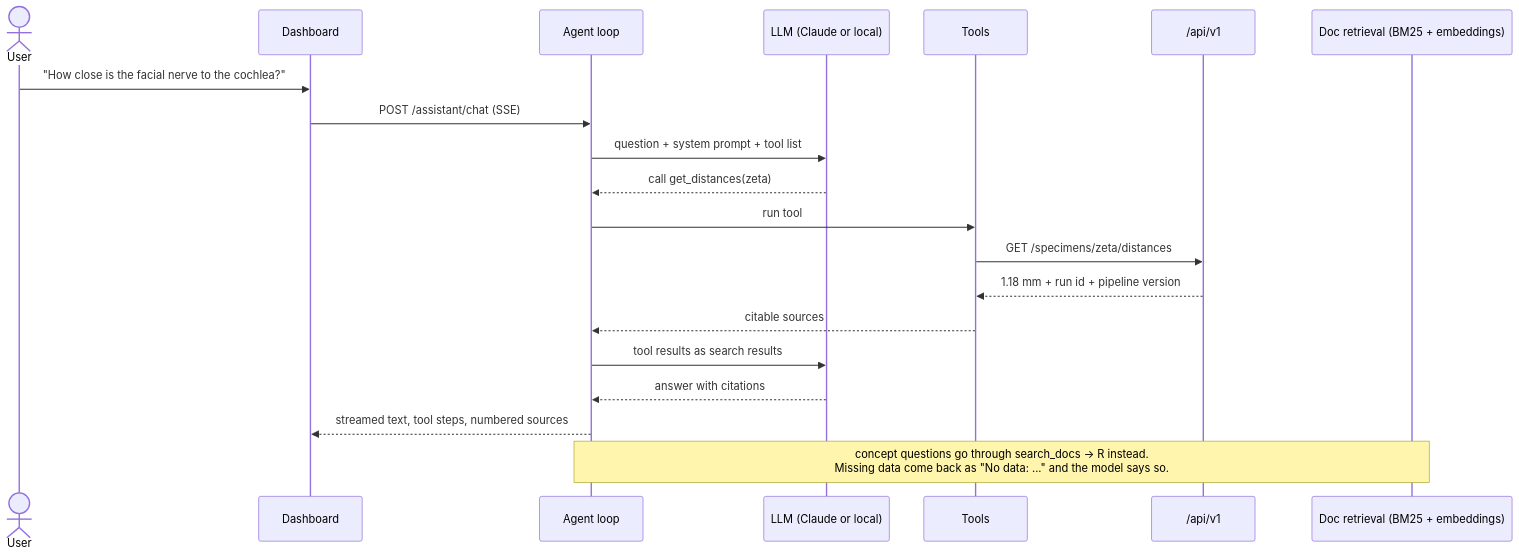
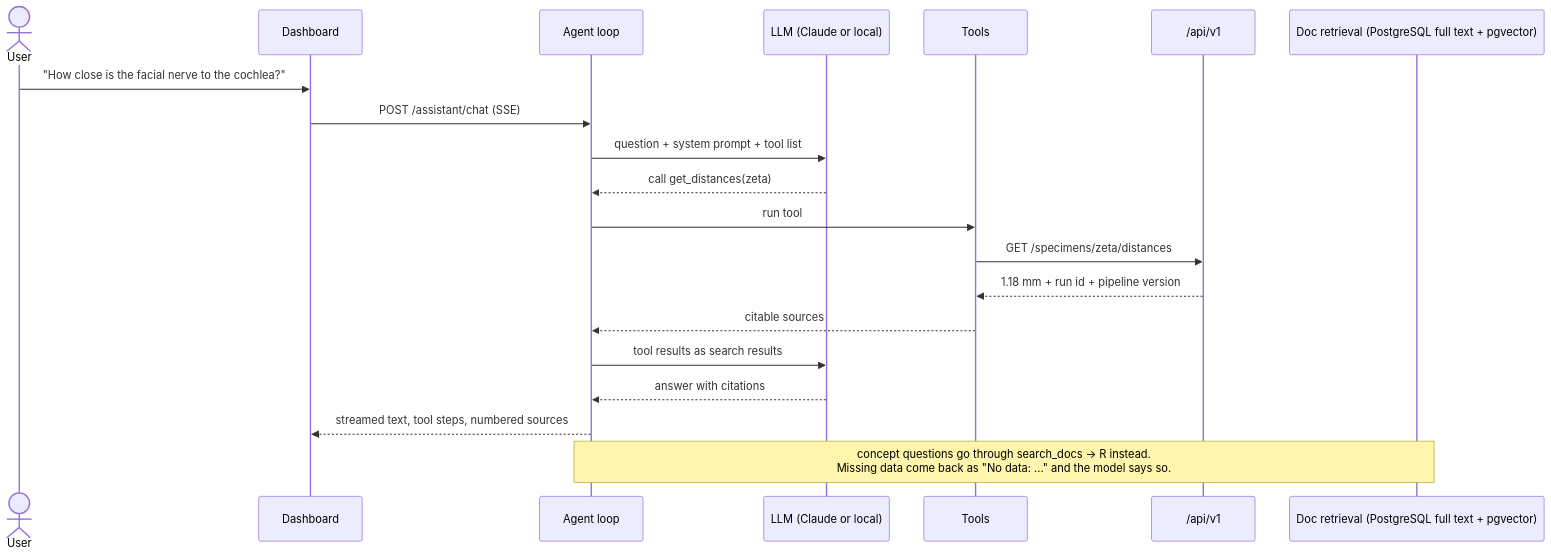
One commit to ZeeetOne/CochleaHub changed the second of 2 diagrams in README.md. Above: the diagram before and after it, drawn with Mermaid. The commit also changed other lines of this file, not shown here.

Commit message:
docs: update the README for two specimens, pgvector retrieval and the document library

````diff
--- a/README.md
+++ b/README.md
@@ -73,23 +75,23 @@
 ```mermaid
 sequenceDiagram
     actor U as User
     participant UI as Dashboard
     participant AG as Agent loop
     participant LLM as LLM (Claude or local)
     participant T as Tools
     participant API as /api/v1
-    participant R as Doc retrieval (BM25 + embeddings)
+    participant R as Doc retrieval (PostgreSQL full text + pgvector)
 
     U->>UI: "How close is the facial nerve to the cochlea?"
     UI->>AG: POST /assistant/chat (SSE)
     AG->>LLM: question + system prompt + tool list
     LLM-->>AG: call get_distances(zeta)
     AG->>T: run tool
     T->>API: GET /specimens/zeta/distances
     API-->>T: 1.18 mm + run id + pipeline version
     T-->>AG: citable sources
     AG->>LLM: tool results as search results
     LLM-->>AG: answer with citations
     AG-->>UI: streamed text, tool steps, numbered sources
     Note over AG,R: concept questions go through search_docs -> R instead.<br/>Missing data come back as "No data: ..." and the model says so.
 ```
````
